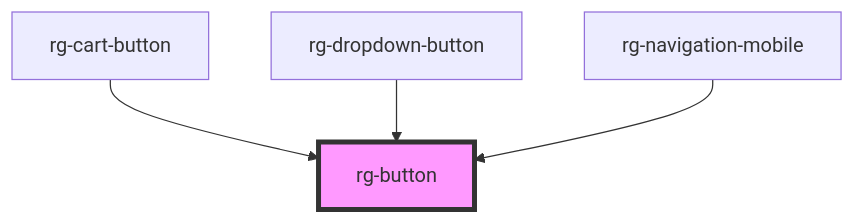
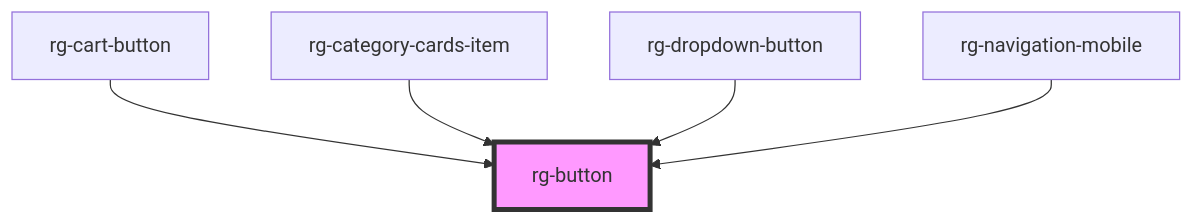
One commit to tomas862/regila-ui changed the diagram in src/components/button/readme.md. Above: the diagram before and after it, drawn with Mermaid. The commit also changed other lines of this file and 8 other files, not shown here.

````diff
--- a/src/components/button/readme.md
+++ b/src/components/button/readme.md
@@ -25,7 +27,8 @@
 ```mermaid
 graph TD;
   rg-cart-button --> rg-button
+  rg-category-cards-item --> rg-button
   rg-dropdown-button --> rg-button
   rg-navigation-mobile --> rg-button
   style rg-button fill:#f9f,stroke:#333,stroke-width:4px
 ```
````
